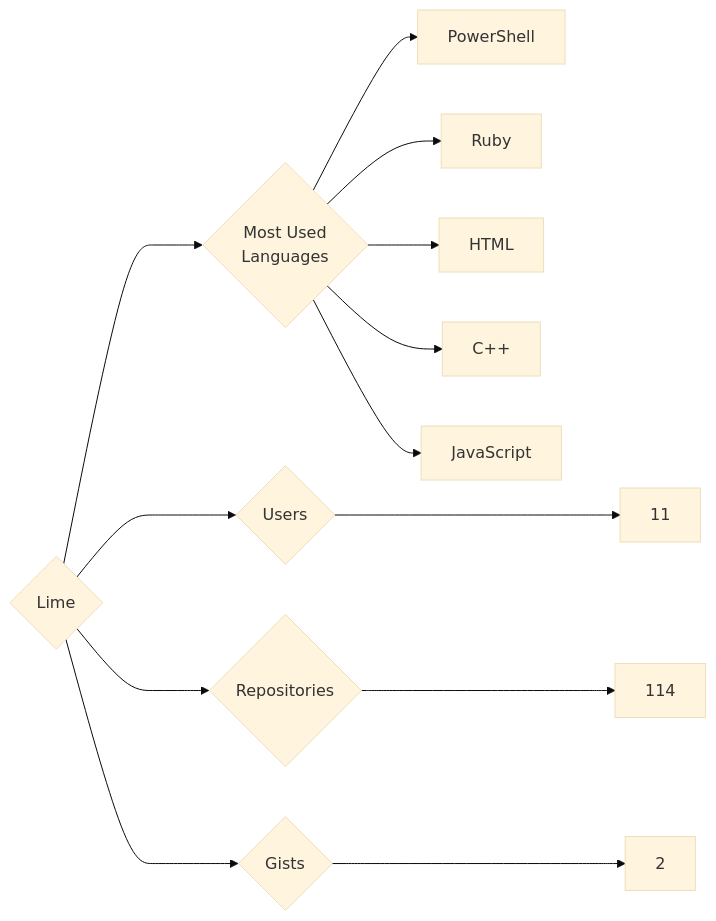
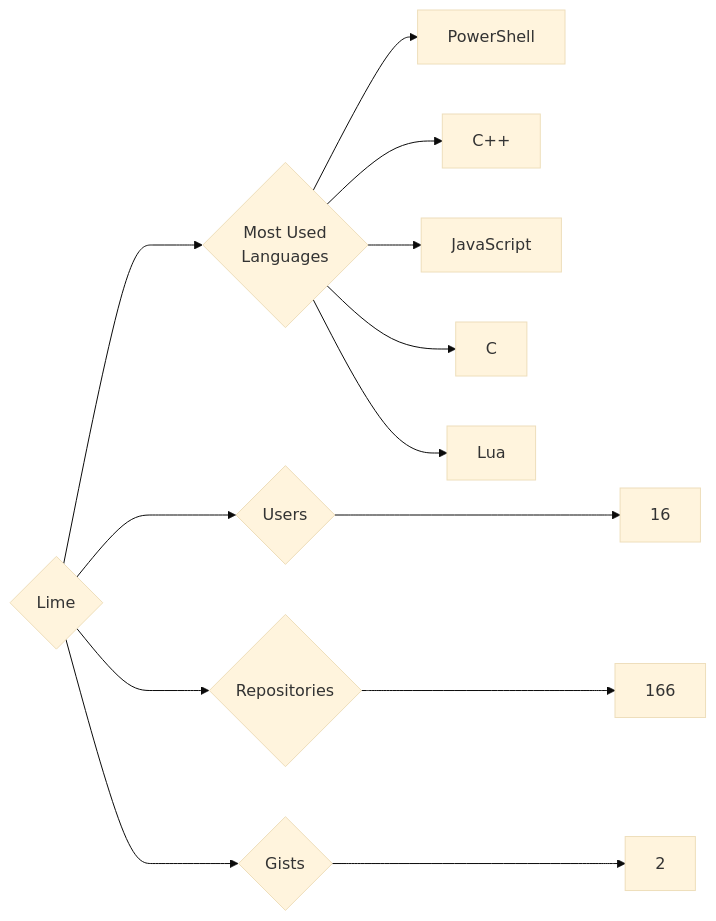
The diagram in targets/Lime/README.md (trickest/insiders), drawn with Mermaid (base theme) before and after one commit. The commit also changed 681 other files, not shown here.

````diff
--- a/targets/Lime/README.md
+++ b/targets/Lime/README.md
@@ -3,13 +3,13 @@
 ```mermaid
 graph LR
 COMPANY_NAME{Lime}
-COMPANY_NAME ---> U{Users} ---> UN[11]
-COMPANY_NAME ---> R{Repositories} ---> RN[114]
+COMPANY_NAME ---> U{Users} ---> UN[16]
+COMPANY_NAME ---> R{Repositories} ---> RN[166]
 COMPANY_NAME ---> G{Gists} ---> GN[2]
 COMPANY_NAME ---> ML{Most Used<br>Languages}
 ML --> PowerShell[PowerShell]
-ML --> Ruby[Ruby]
-ML --> HTML[HTML]
 ML --> C++[C++]
 ML --> JavaScript[JavaScript]
+ML --> C[C]
+ML --> Lua[Lua]
 ```
````
